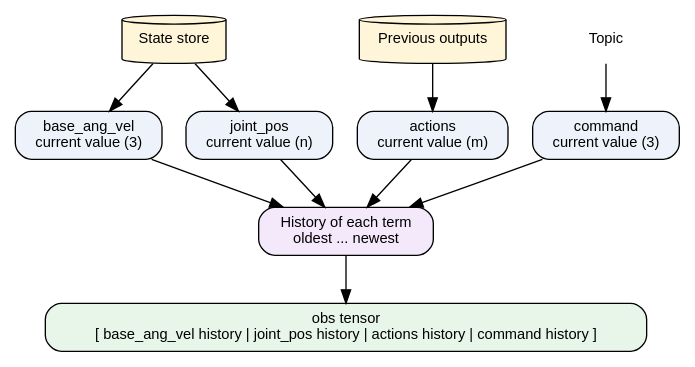
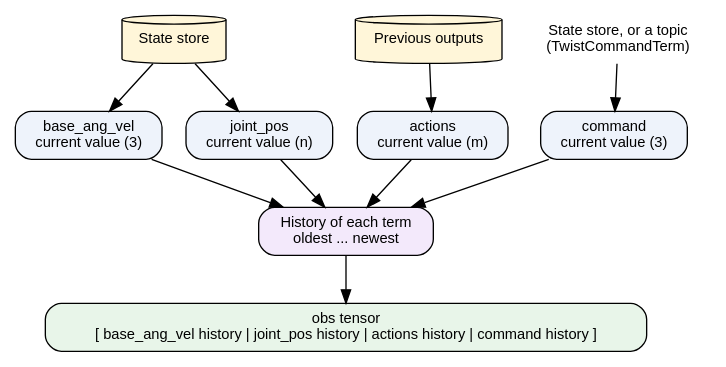
The second of 4 diagrams in docs/mjlab.rst (saikishor/ros2_policy_framework), drawn with Graphviz before and after one commit. The commit also changed other lines of this file, not shown here.

Commit message:
Complete the mjlab term table and fix the command source in its diagram

```diff
--- a/docs/mjlab.rst
+++ b/docs/mjlab.rst
@@ -33,23 +33,23 @@
 .. graphviz::
 
    digraph observation {
      rankdir=TB;
      node [shape=box, style="rounded,filled", fillcolor="#eef3fb", fontname="Helvetica", fontsize=11];
      edge [fontname="Helvetica", fontsize=10];
      state [label="State store", shape=cylinder, fillcolor="#fff6d9"];
      prev [label="Previous outputs", shape=cylinder, fillcolor="#fff6d9"];
-     topic [label="Topic", shape=plaintext, fillcolor=none];
+     topic [label="State store, or a topic\n(TwistCommandTerm)", shape=plaintext, fillcolor=none];
      t1 [label="base_ang_vel\ncurrent value (3)"];
      t2 [label="joint_pos\ncurrent value (n)"];
      t3 [label="actions\ncurrent value (m)"];
      t4 [label="command\ncurrent value (3)"];
      h [label="History of each term\noldest ... newest", fillcolor="#f3e9fb"];
      obs [label="obs tensor\n[ base_ang_vel history | joint_pos history | actions history | command history ]",
           fillcolor="#e8f5e9"];
      state -> t1;
      state -> t2;
      prev -> t3;
      topic -> t4;
      t1 -> h; t2 -> h; t3 -> h; t4 -> h;
      h -> obs;
    }
```
